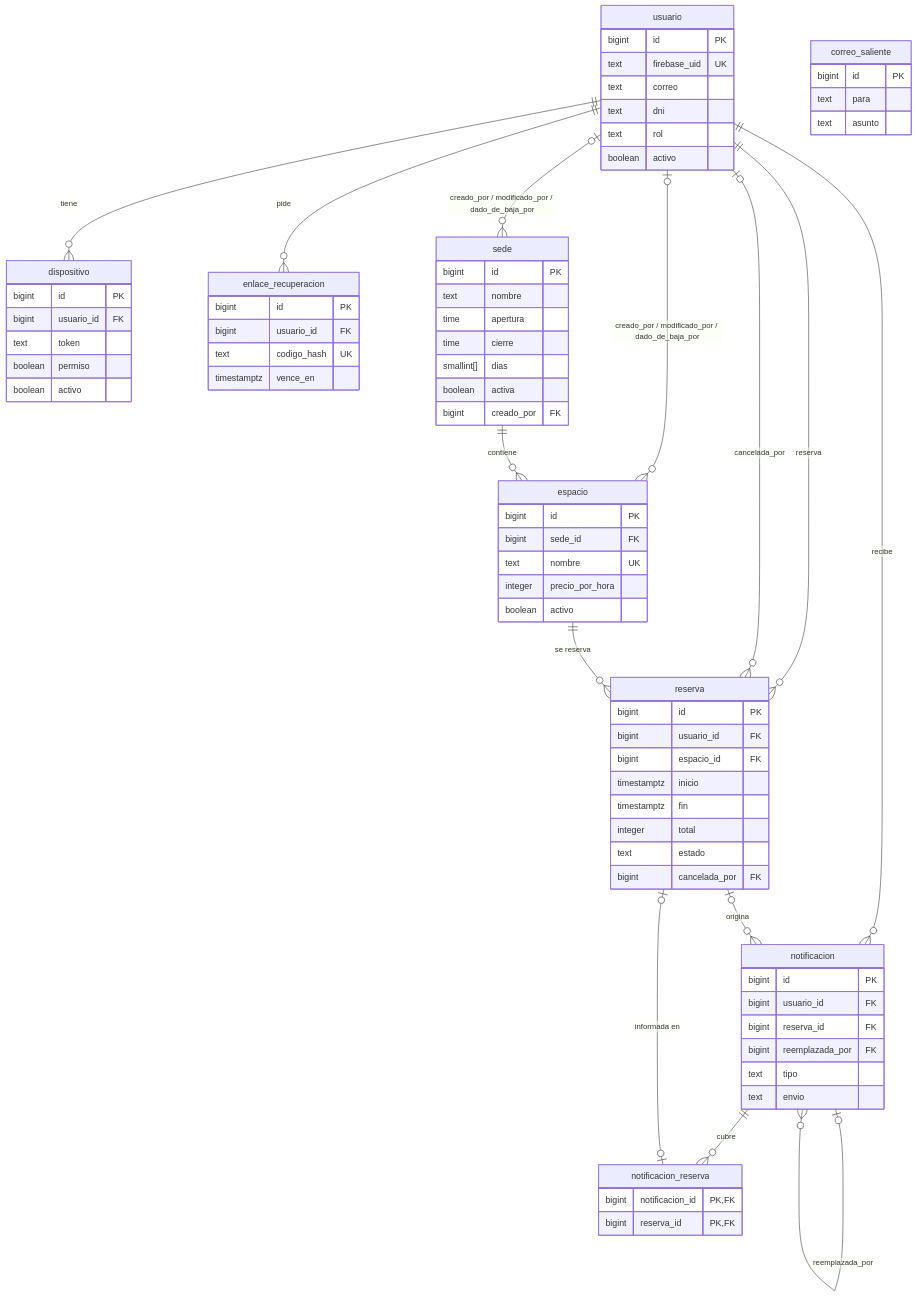
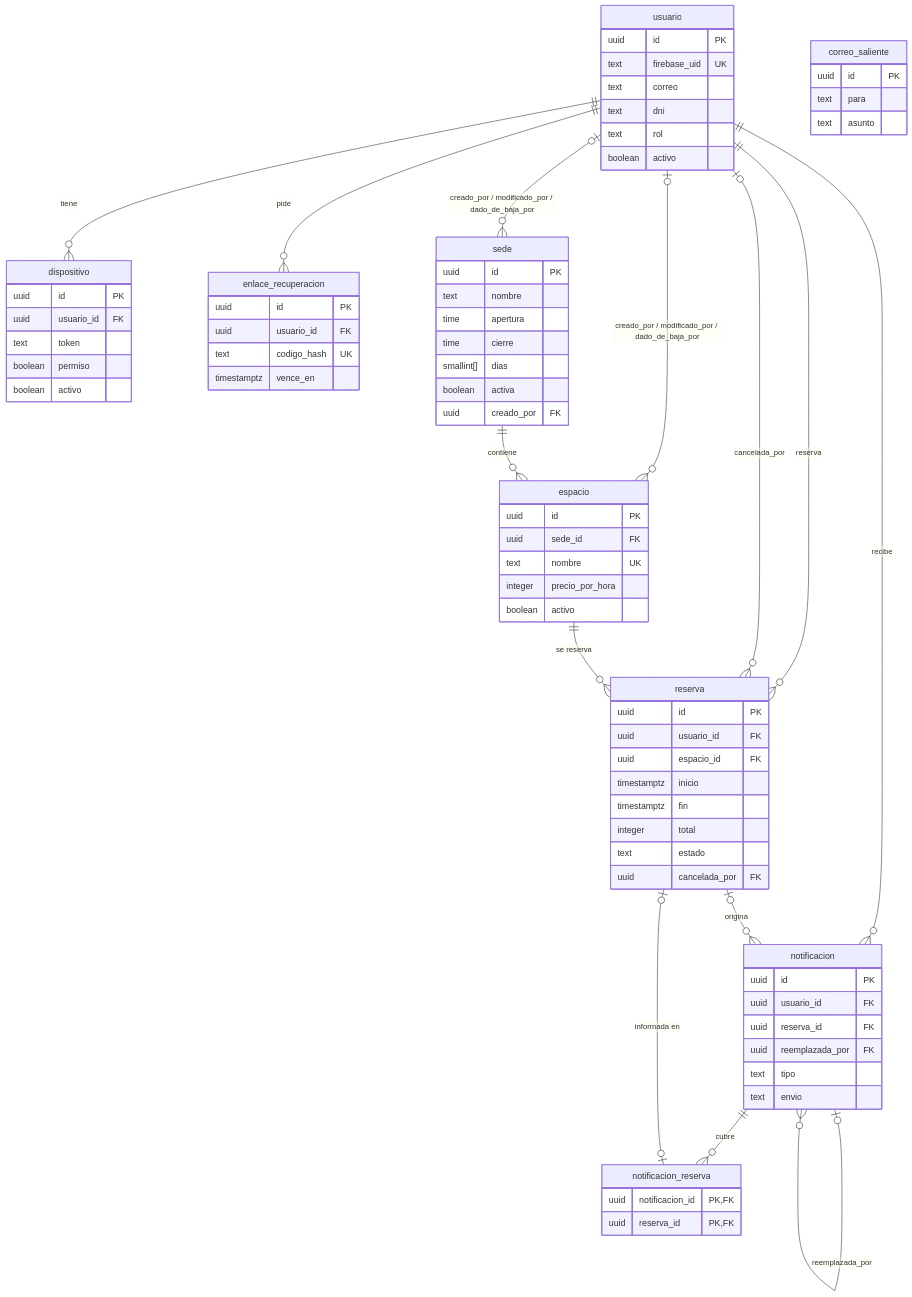
One commit to NahuelMosse/ClubNahuelMosse changed the first of 3 diagrams in docs/technical/modelo-de-datos.md. Above: the diagram before and after it, drawn with Mermaid. The commit also changed other lines of this file and 2 other files, not shown here.

Commit message:
DAT-01: modelo de datos sobre la migración 0010 (uuid y auditoría)

````diff
--- a/docs/technical/modelo-de-datos.md
+++ b/docs/technical/modelo-de-datos.md
@@ -12,81 +14,81 @@
 ```mermaid
 erDiagram
     usuario ||--o{ reserva : "reserva"
     usuario ||--o{ dispositivo : "tiene"
     usuario ||--o{ notificacion : "recibe"
     usuario ||--o{ enlace_recuperacion : "pide"
     usuario |o--o{ sede : "creado_por / modificado_por / dado_de_baja_por"
     usuario |o--o{ espacio : "creado_por / modificado_por / dado_de_baja_por"
     usuario |o--o{ reserva : "cancelada_por"
     sede ||--o{ espacio : "contiene"
     espacio ||--o{ reserva : "se reserva"
     reserva |o--o{ notificacion : "origina"
     notificacion |o--o{ notificacion : "reemplazada_por"
     notificacion ||--o{ notificacion_reserva : "cubre"
     reserva |o--o| notificacion_reserva : "informada en"
 
     usuario {
-        bigint id PK
+        uuid id PK
         text firebase_uid UK
         text correo
         text dni
         text rol
         boolean activo
     }
     sede {
-        bigint id PK
+        uuid id PK
         text nombre
         time apertura
         time cierre
         smallint[] dias
         boolean activa
-        bigint creado_por FK
+        uuid creado_por FK
     }
     espacio {
-        bigint id PK
-        bigint sede_id FK
+        uuid id PK
+        uuid sede_id FK
         text nombre UK
         integer precio_por_hora
         boolean activo
     }
     reserva {
-        bigint id PK
-        bigint usuario_id FK
-        bigint espacio_id FK
+        uuid id PK
+        uuid usuario_id FK
+        uuid espacio_id FK
         timestamptz inicio
         timestamptz fin
         integer total
         text estado
-        bigint cancelada_por FK
+        uuid cancelada_por FK
     }
     enlace_recuperacion {
-        bigint id PK
-        bigint usuario_id FK
+        uuid id PK
+        uuid usuario_id FK
         text codigo_hash UK
         timestamptz vence_en
     }
     correo_saliente {
-        bigint id PK
+        uuid id PK
         text para
         text asunto
     }
     dispositivo {
-        bigint id PK
-        bigint usuario_id FK
+        uuid id PK
+        uuid usuario_id FK
         text token
         boolean permiso
         boolean activo
     }
     notificacion {
-        bigint id PK
-        bigint usuario_id FK
-        bigint reserva_id FK
-        bigint reemplazada_por FK
+        uuid id PK
+        uuid usuario_id FK
+        uuid reserva_id FK
+        uuid reemplazada_por FK
         text tipo
         text envio
     }
     notificacion_reserva {
-        bigint notificacion_id PK, FK
-        bigint reserva_id PK, FK
+        uuid notificacion_id PK, FK
+        uuid reserva_id PK, FK
     }
 ```
````
